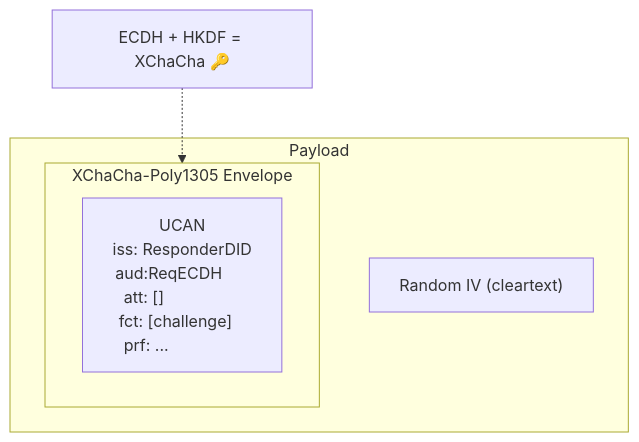
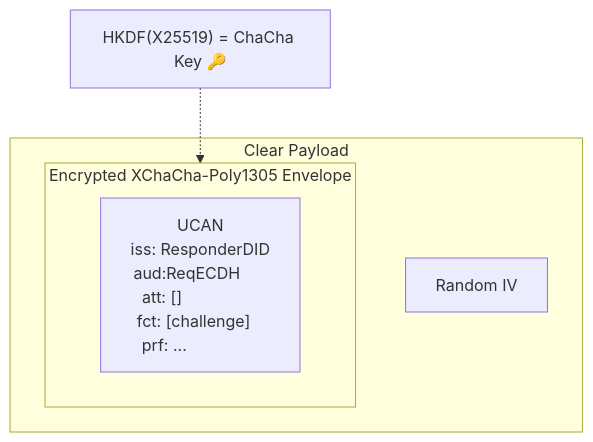
The second of 2 diagrams in README.md (ucan-wg/awake), drawn with Mermaid before and after one commit.

Commit message:
Clearer wording

````diff
--- a/README.md
+++ b/README.md
@@ -251,19 +251,19 @@
 ``` mermaid
 flowchart TD
-    XCC["ECDH + HKDF = XChaCha 🔑"]
+    XCC["HKDF(X25519) = ChaCha Key 🔑"]
 
-    subgraph Payload
-        IV["Random IV (cleartext)"]
-        subgraph Env [XChaCha-Poly1305 Envelope]
+    subgraph Clear Payload
+        IV["Random IV"]
+        subgraph Env [Encrypted XChaCha-Poly1305 Envelope]
             ucan["UCAN
                 iss: ResponderDID
                 aud:ReqECDH&nbsp;&nbsp;&nbsp;&nbsp;&nbsp;&nbsp;
                 att: []&nbsp;&nbsp;&nbsp;&nbsp;&nbsp;&nbsp;&nbsp;&nbsp;&nbsp;&nbsp;&nbsp;&nbsp;&nbsp;&nbsp;&nbsp;&nbsp;&nbsp;
                 fct: [challenge]&nbsp;&nbsp;&nbsp;
                 prf: ...&nbsp;&nbsp;&nbsp;&nbsp;&nbsp;&nbsp;&nbsp;&nbsp;&nbsp;&nbsp;&nbsp;&nbsp;&nbsp;&nbsp;&nbsp;&nbsp;
             "]
         end
     end
 
     XCC -.-> Env
 ```
````
